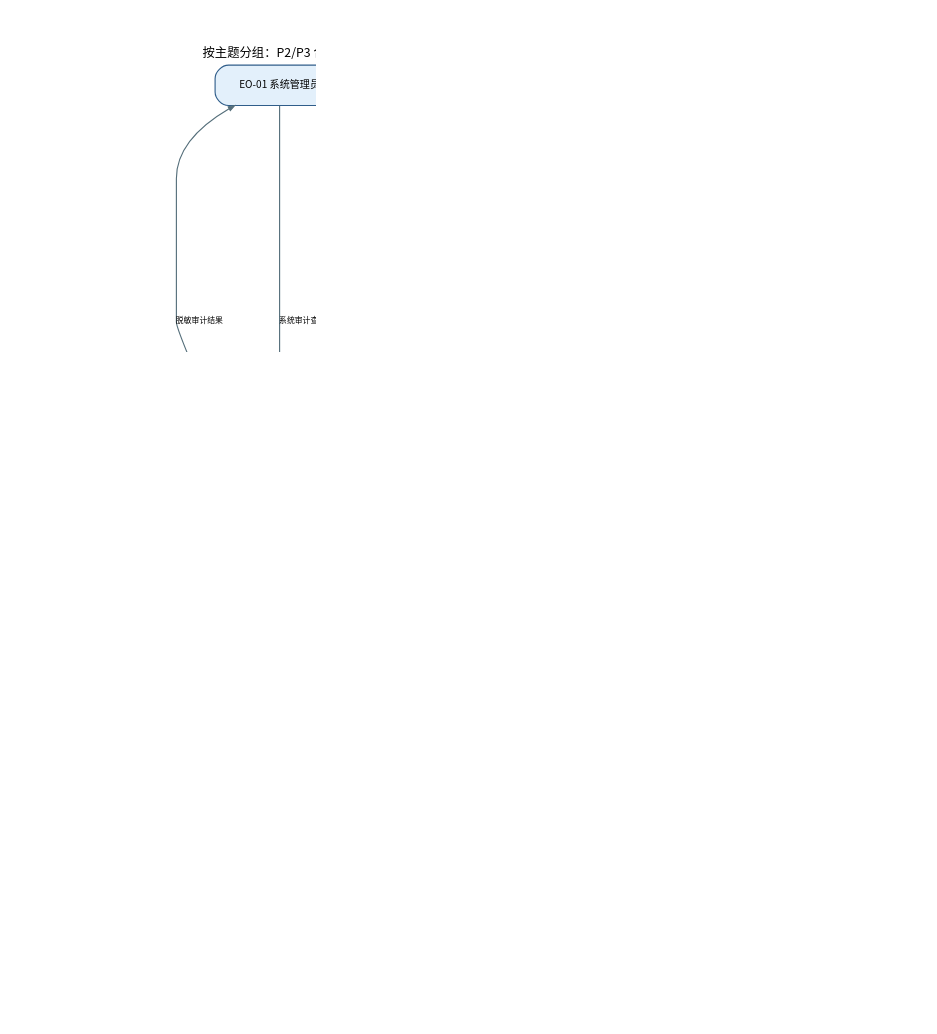
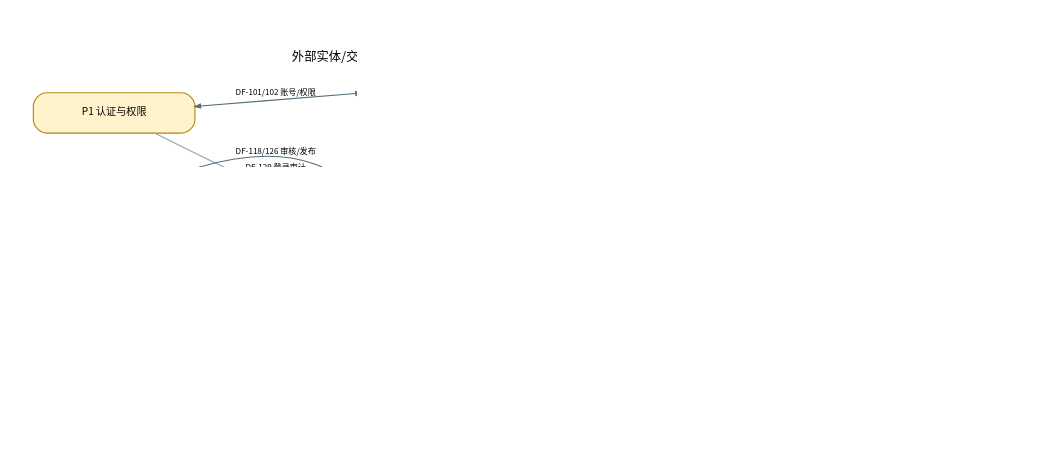
The diagram in docs/requirements/diagrams/source/FIG-02-系统1层DFD.dot (Creepppper/Student_System), drawn with Graphviz before and after one commit. The commit also changed 72 other files, not shown here.

```diff
--- a/docs/requirements/diagrams/source/FIG-02-系统1层DFD.dot
+++ b/docs/requirements/diagrams/source/FIG-02-系统1层DFD.dot
@@ -1,66 +1,38 @@
 digraph FIG02 {
-  graph [rankdir=TB, bgcolor="white", pad="0.35", nodesep="0.3", ranksep="0.55",
+  graph [rankdir=LR, bgcolor="white", pad="0.4", nodesep="0.35", ranksep="1.0",
          fontname="Noto Sans CJK SC", fontsize=11, labelloc=t,
-         label="FIG-02 系统 1 层 DFD（P0）\n按主题分组：P2/P3 合并显示，P4/P5/P6/P7 保留编号；局部展开见 FIG-02A/02B；P1 复核见 FIG-02C", dpi=220];
+         label="FIG-02 系统 1 层 DFD 内部流总览（P0；P1～P7 独立）\n外部实体/交互见 FIG-01 与同层分区 02A1～A3、02B1～B3；本图不重复外部箭头，避免回环", dpi=220];
   node [fontname="Noto Sans CJK SC", fontsize=9];
-  edge [fontname="Noto Sans CJK SC", fontsize=7.0, color="#546E7A", arrowsize=0.55];
+  edge [fontname="Noto Sans CJK SC", fontsize=7.2, color="#546E7A", arrowsize=0.5];
 
-  EO1 [label="EO-01 系统管理员", shape=box, style="rounded,filled", fillcolor="#E3F0FB", color="#2F5D8A", width=1.6];
-  EO2 [label="EO-02 教务管理员", shape=box, style="rounded,filled", fillcolor="#E3F0FB", color="#2F5D8A", width=1.6];
-  EO3 [label="EO-03 班主任", shape=box, style="rounded,filled", fillcolor="#E8F5E9", color="#2E7D32", width=1.6];
-  EO4 [label="EO-04 学生", shape=box, style="rounded,filled", fillcolor="#F3E5F5", color="#6A1B9A", width=1.6];
+  P1 [label="P1 认证与权限", shape=box, style="rounded,filled", fillcolor="#FFF3CD", color="#B8860B", width=2.0];
+  P2 [label="P2 基础资料", shape=box, style="rounded,filled", fillcolor="#FFF3CD", color="#B8860B", width=2.0];
+  P3 [label="P3 考试配置", shape=box, style="rounded,filled", fillcolor="#FFF3CD", color="#B8860B", width=2.0];
+  P4 [label="P4 成绩录入/提交", shape=box, style="rounded,filled", fillcolor="#FFF3CD", color="#B8860B", width=2.0];
+  P5 [label="P5 审核/发布", shape=box, style="rounded,filled", fillcolor="#FFF3CD", color="#B8860B", width=2.0];
+  P6 [label="P6 查询/统计", shape=box, style="rounded,filled", fillcolor="#FFF3CD", color="#B8860B", width=2.0];
+  P7 [label="P7 业务审计", shape=box, style="rounded,filled", fillcolor="#FFF3CD", color="#B8860B", width=2.0];
 
-  P1 [label="P1 身份认证与权限", shape=box, style="rounded,filled", fillcolor="#FFF3CD", color="#B8860B"];
-  P23 [label="P2/P3 基础资料与考试配置\n（合并显示）", shape=box, style="rounded,filled", fillcolor="#FFF3CD", color="#B8860B"];
-  P4 [label="P4 成绩录入与提交", shape=box, style="rounded,filled", fillcolor="#FFF3CD", color="#B8860B"];
-  P5 [label="P5 成绩审核与发布", shape=box, style="rounded,filled", fillcolor="#FFF3CD", color="#B8860B"];
-  P6 [label="P6 成绩查询与统计", shape=box, style="rounded,filled", fillcolor="#FFF3CD", color="#B8860B"];
-  P7 [label="P7 业务审计与记录查询", shape=box, style="rounded,filled", fillcolor="#FFF3CD", color="#B8860B"];
+  DS1 [label="DS-1 账号与权限", shape=box3d, style="filled", fillcolor="#ECEFF1", color="#607D8B"];
+  DS2 [label="DS-2 教务基础数据\n（D2+D3+D4）", shape=box3d, style="filled", fillcolor="#ECEFF1", color="#607D8B"];
+  DS3 [label="DS-3 成绩与发布\n（D5+D6+D7）", shape=box3d, style="filled", fillcolor="#ECEFF1", color="#607D8B"];
+  DS4 [label="DS-4 业务审计\n（D8）", shape=box3d, style="filled", fillcolor="#ECEFF1", color="#607D8B"];
 
-  D1 [label="DS-1 账号与权限", shape=box3d, style="filled", fillcolor="#ECEFF1", color="#607D8B"];
-  D2 [label="DS-2 教务基础数据\n（组织/人员/考试）", shape=box3d, style="filled", fillcolor="#ECEFF1", color="#607D8B"];
-  D3 [label="DS-3 成绩与发布\n（任务/成绩/发布）", shape=box3d, style="filled", fillcolor="#ECEFF1", color="#607D8B"];
-  D4 [label="DS-4 业务审计", shape=box3d, style="filled", fillcolor="#ECEFF1", color="#607D8B"];
+  P1 -> DS1 [dir=both, label="DF-101/102 账号/权限"];
+  P2 -> DS2 [dir=both, label="DF-104/105 资料"];
+  P3 -> DS2 [dir=both, label="DF-112/113 考试"];
+  P4 -> DS3 [dir=both, label="DF-116/121 任务/成绩"];
+  P5 -> DS3 [dir=both, label="DF-118/126 审核/发布"];
+  DS2 -> P6 [label="DF-107/120 范围/任务"];
+  DS3 -> P6 [label="DF-125/128 成绩/发布"];
+  P1 -> DS4 [label="DF-129 登录审计", color="#90A4AE"];
+  P2 -> DS4 [label="DF-130 资料审计", color="#90A4AE"];
+  P3 -> DS4 [label="DF-131 考试审计", color="#90A4AE"];
+  P4 -> DS4 [label="DF-132 成绩审计", color="#90A4AE"];
+  P5 -> DS4 [label="DF-133 发布审计", color="#90A4AE"];
+  DS4 -> P7 [label="DF-135 审计记录", color="#90A4AE"];
 
-  EO1 -> P1 [dir=both, label="登录凭据/认证与配置结果"];
-  EO2 -> P1 [dir=both, label="登录/账号绑定/结果"];
-  EO3 -> P1 [dir=both, label="登录凭据/认证结果"];
-  EO4 -> P1 [dir=both, label="登录凭据/认证结果"];
-
-  EO1 -> P7 [label="系统审计查询"];
-  P7 -> EO1 [label="脱敏审计结果"];
-  EO2 -> P7 [label="业务审计查询"];
-  P7 -> EO2 [label="审计结果"];
-  EO3 -> P7 [label="本班审计查询"];
-  P7 -> EO3 [label="本班审计结果"];
-
-  EO2 -> P23 [label="基础资料/考试配置"];
-  P23 -> EO2 [label="配置结果"];
-  EO2 -> P5 [label="审核/发布/撤回/更正"];
-  P5 -> EO2 [label="审核/发布结果"];
-  EO2 -> P6 [label="全校统计查询"];
-  P6 -> EO2 [label="统计结果"];
-
-  EO3 -> P4 [label="本班全科成绩/提交"];
-  P4 -> EO3 [label="任务状态/退回原因"];
-  EO3 -> P6 [label="本班统计查询"];
-  P6 -> EO3 [label="本班成绩/统计结果"];
-  EO4 -> P6 [label="本人成绩查询"];
-  P6 -> EO4 [label="本人已发布成绩"];
-
-  P1 -> D1 [dir=both, label="账号/角色/权限"];
-  D1 -> P23 [label="账号/档案状态"];
-  P23 -> D2 [dir=both, label="基础资料/考试配置"];
-  D2 -> P4 [label="任职/学生/科目"];
-  P4 -> D3 [dir=both, label="任务/成绩"];
-  P5 -> D3 [dir=both, label="审核/发布/版本"];
-  D2 -> P5 [label="范围/条件"];
-  D2 -> P6 [label="学生/班级"];
-  D3 -> P6 [label="任务/成绩/发布"];
-
-  P1 -> D4 [label="登录审计"];
-  P23 -> D4 [label="资料/考试审计"];
-  P4 -> D4 [label="成绩审计"];
-  P5 -> D4 [label="发布审计"];
-  D4 -> P7 [label="审计记录"];
+  NOTE [shape=note, style=filled, fillcolor="#FAFAFA", color="#999999", fontsize=8,
+        label="说明：本图是 1 层 DFD 的**内部流总览**，不是完整的上下文图；\l四类外部实体和全部外部流见 FIG-01 与 02A1～A3/02B1～B3，避免在同一张图重复画 30 余条长回环。\lP1～P7 是独立加工；DS-1= D1，DS-2=D2+D3+D4，DS-3=D5+D6+D7，DS-4=D8。\lP1 复核是 02C（P8 的下级分解）。\l"];
+  DS4 -> NOTE [style=dotted, arrowhead=none, color="#999999"];
 }
```
